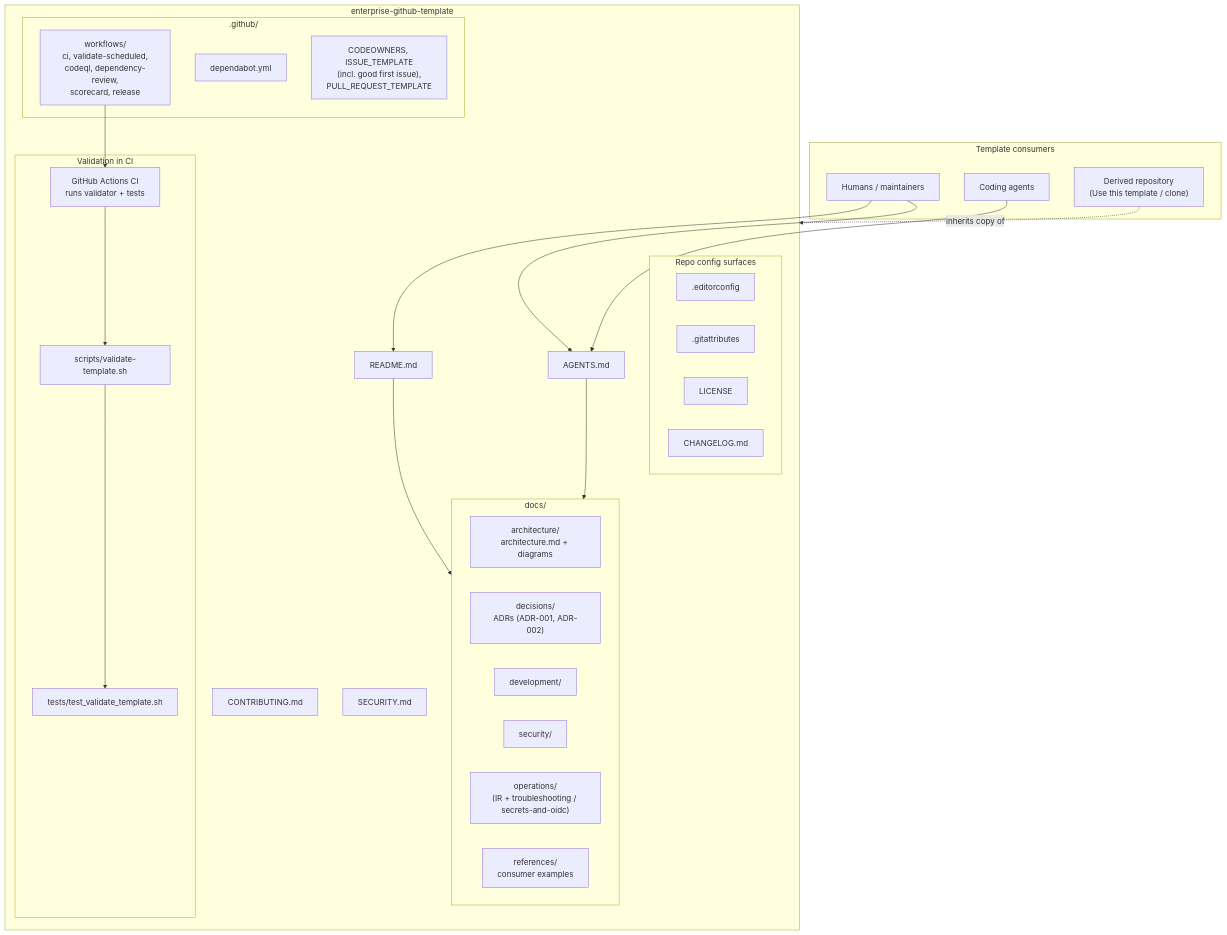
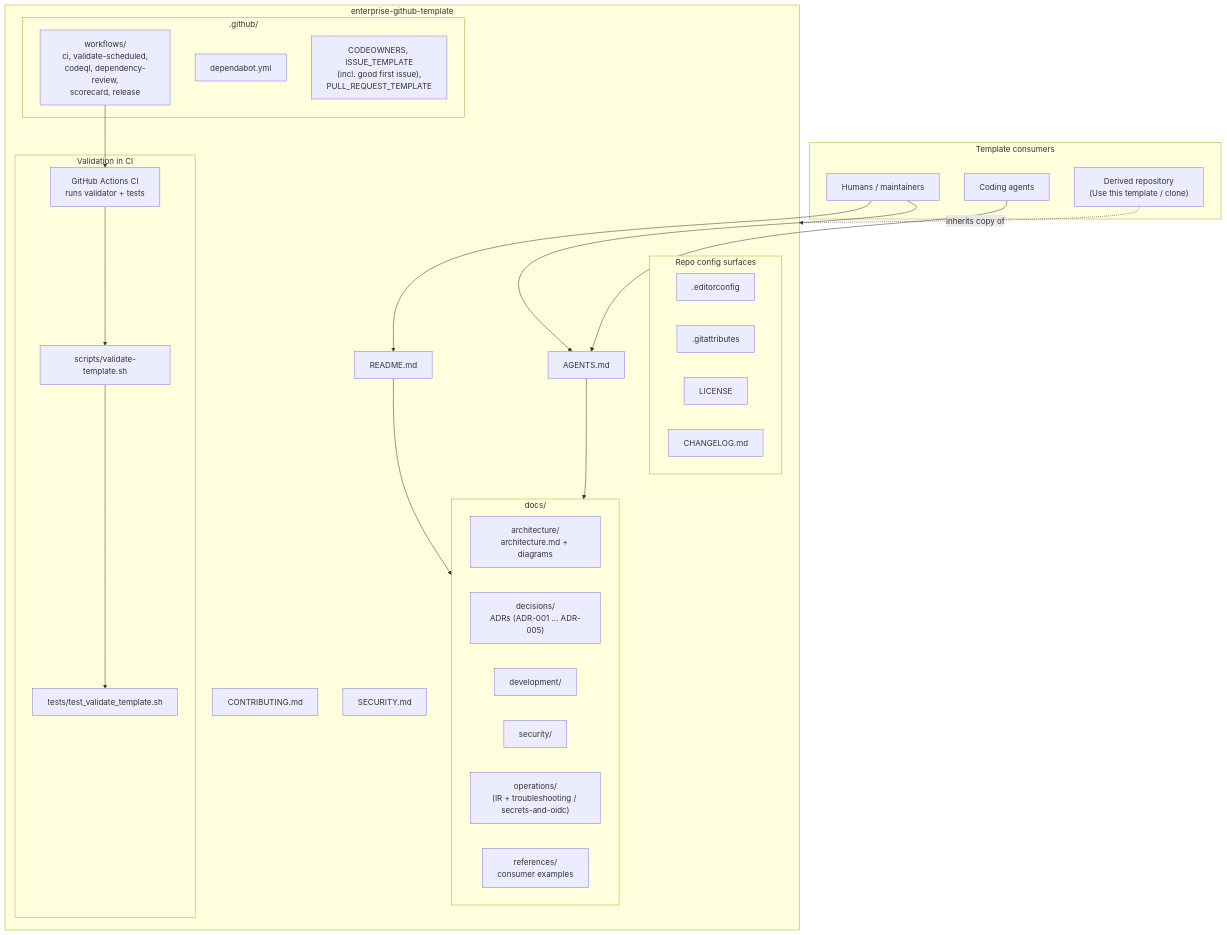
Before and after one commit to rmkr-dev/enterprise-github-template: the diagram in docs/architecture/architecture-diagram.md, drawn with Mermaid. The commit also changed 9 other files, not shown here.

````diff
--- a/docs/architecture/architecture-diagram.md
+++ b/docs/architecture/architecture-diagram.md
@@ -5,53 +5,53 @@
 ```mermaid
 flowchart TB
   subgraph consumers["Template consumers"]
     Human["Humans / maintainers"]
     Agents["Coding agents"]
     Derived["Derived repository<br/>(Use this template / clone)"]
   end
 
   subgraph template["enterprise-github-template"]
     README["README.md"]
     AGENTS["AGENTS.md"]
     Contrib["CONTRIBUTING.md"]
     SecRoot["SECURITY.md"]
 
     subgraph docs["docs/"]
       Arch["architecture/<br/>architecture.md + diagrams"]
-      Dec["decisions/<br/>ADRs (ADR-001, ADR-002)"]
+      Dec["decisions/<br/>ADRs (ADR-001 … ADR-005)"]
       Dev["development/"]
       Sec["security/"]
       Ops["operations/<br/>(IR + troubleshooting / secrets-and-oidc)"]
       Refs["references/<br/>consumer examples"]
     end
 
     subgraph github[".github/"]
       WF["workflows/<br/>ci, validate-scheduled,<br/>codeql, dependency-review,<br/>scorecard, release"]
       Dep["dependabot.yml"]
       Hygiene["CODEOWNERS, ISSUE_TEMPLATE<br/>(incl. good first issue),<br/>PULL_REQUEST_TEMPLATE"]
     end
 
     subgraph tooling["Validation in CI"]
       Script["scripts/validate-template.sh"]
       Tests["tests/test_validate_template.sh"]
       Actions["GitHub Actions CI<br/>runs validator + tests"]
     end
 
     subgraph config["Repo config surfaces"]
       Editor[".editorconfig"]
       GitAttr[".gitattributes"]
       License["LICENSE"]
       Changelog["CHANGELOG.md"]
     end
   end
 
   Human --> README
   Agents --> AGENTS
   Human --> AGENTS
   README --> docs
   AGENTS --> docs
   WF --> Actions
   Actions --> Script
   Script --> Tests
   Derived -.->|"inherits copy of"| template
 ```
````
